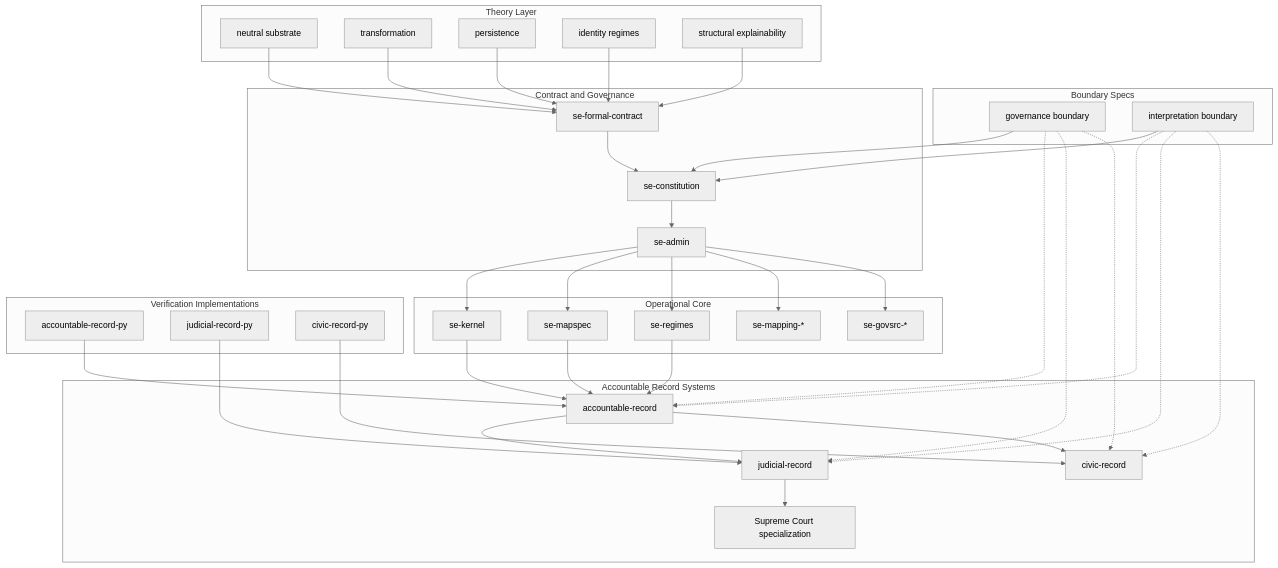
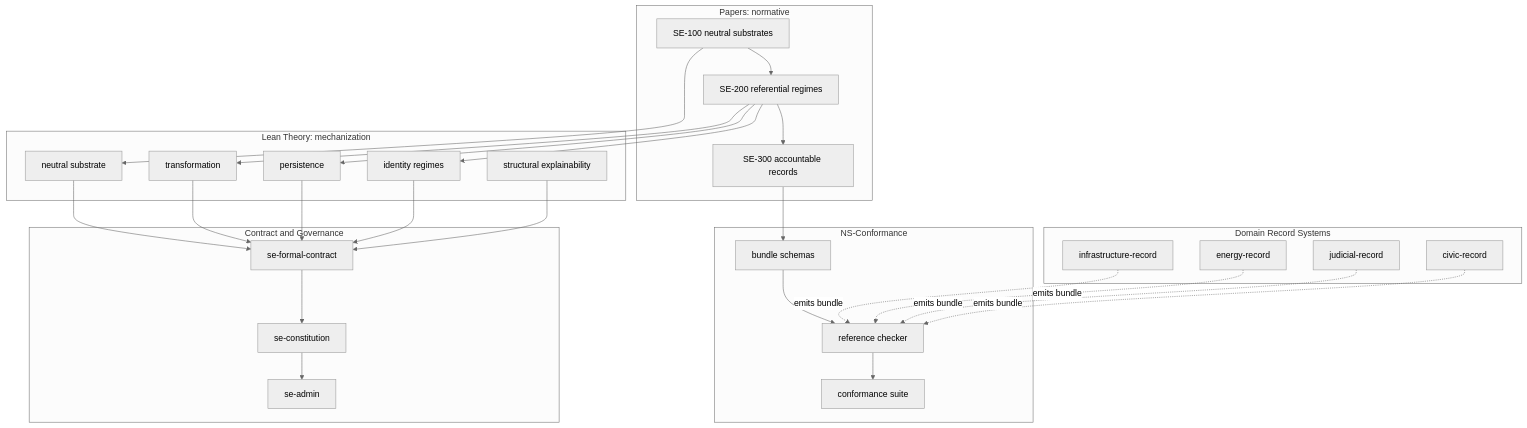
Before and after one commit to structural-explainability/.github: the diagram in profile/README.md, drawn with Mermaid (neutral theme). The commit also changed other lines of this file, not shown here.

````diff
--- a/profile/README.md
+++ b/profile/README.md
@@ -434,8 +491,15 @@
 ```mermaid
 flowchart TD
 
-  %% --- Theory Layer ---
-  subgraph T[Theory Layer]
+  %% --- Papers (normative) ---
+  subgraph P[Papers: normative]
+    SE100[SE-100 neutral substrates]
+    SE200[SE-200 referential regimes]
+    SE300[SE-300 accountable records]
+  end
+
+  %% --- Theory Layer (mechanization) ---
+  subgraph T[Lean Theory: mechanization]
     NS[neutral substrate]
     TR[transformation]
     PE[persistence]
@@ -443,10 +507,19 @@
     SET[structural explainability]
   end
 
-  %% --- Boundary Specs ---
-  subgraph B[Boundary Specs]
-    GB[governance boundary]
-    IB[interpretation boundary]
+  %% --- Conformance ---
+  subgraph NC[NS-Conformance]
+    SCH[bundle schemas]
+    CHK[reference checker]
+    SUITE[conformance suite]
+  end
+
+  %% --- Domain Record Systems ---
+  subgraph D[Domain Record Systems]
+    IRC[infrastructure-record]
+    ERC[energy-record]
+    JR[judicial-record]
+    CR[civic-record]
   end
 
   %% --- Contract / Governance ---
@@ -456,29 +529,17 @@
     A[se-admin]
   end
 
-  %% --- Operational Core ---
-  subgraph O[Operational Core]
-    K[se-kernel]
-    M[se-mapspec]
-    R[se-regimes]
-    MAP[se-mapping-*]
-    GOV[se-govsrc-*]
-  end
+  SE100 --> SE200
+  SE200 --> SE300
 
-  %% --- Accountable Record Systems ---
-  subgraph ARS[Accountable Record Systems]
-    AR[accountable-record]
-    JR[judicial-record]
-    CR[civic-record]
-    JRS[Supreme Court specialization]
-  end
+  SE100 --> NS
+  SE200 --> IR
+  SE200 --> TR
+  SE200 --> PE
 
-  %% --- Verification Implementations ---
-  subgraph V[Verification Implementations]
-    ARPY[accountable-record-py]
-    JRPY[judicial-record-py]
-    CRPY[civic-record-py]
-  end
+  SE300 --> SCH
+  SCH --> CHK
+  CHK --> SUITE
 
   NS --> FC
   TR --> FC
@@ -486,35 +547,11 @@
   IR --> FC
   SET --> FC
 
-  GB --> C
-  IB --> C
-
   FC --> C
   C --> A
 
-  A --> K
-  A --> M
-  A --> R
-  A --> MAP
-  A --> GOV
-
-  K --> AR
-  M --> AR
-  R --> AR
-
-  AR --> JR
-  AR --> CR
-  JR --> JRS
-
-  ARPY --> AR
-  JRPY --> JR
-  CRPY --> CR
-
-  IB -.-> AR
-  IB -.-> JR
-  IB -.-> CR
-
-  GB -.-> AR
-  GB -.-> JR
-  GB -.-> CR
+  IRC -.emits bundle.-> CHK
+  ERC -.emits bundle.-> CHK
+  JR  -.emits bundle.-> CHK
+  CR  -.emits bundle.-> CHK
 ```
````
